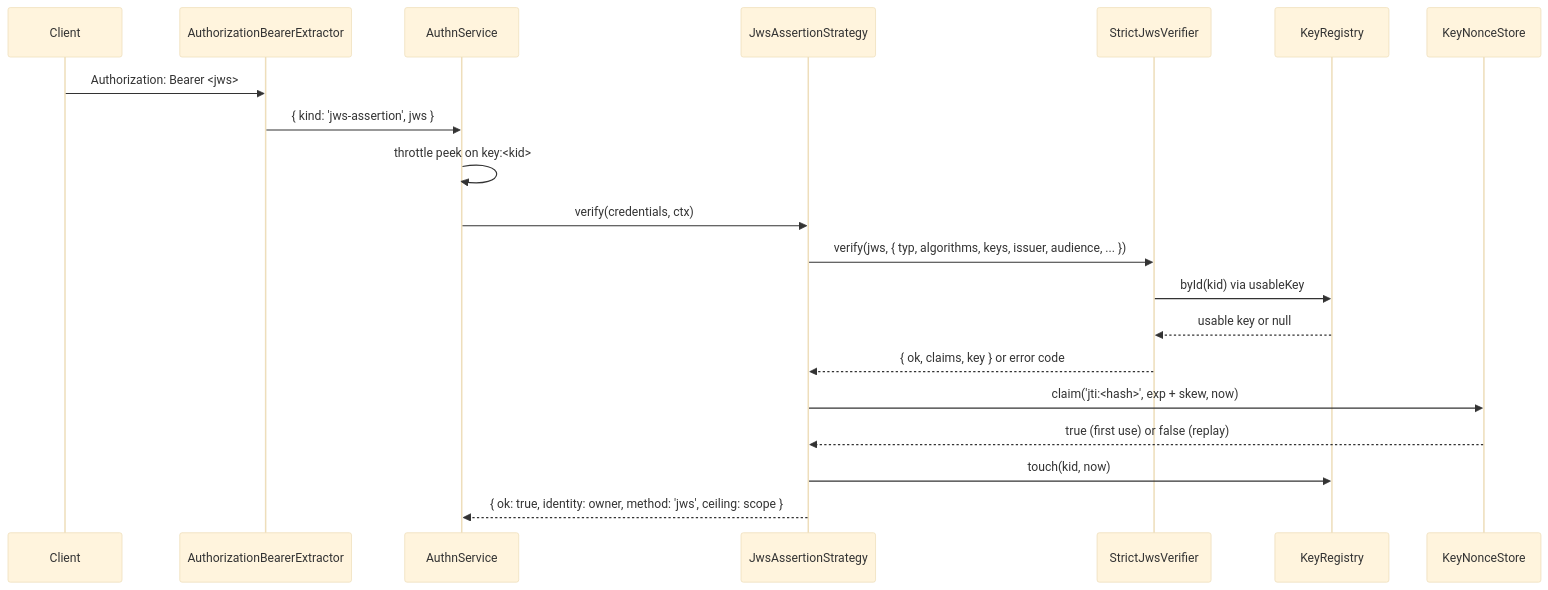
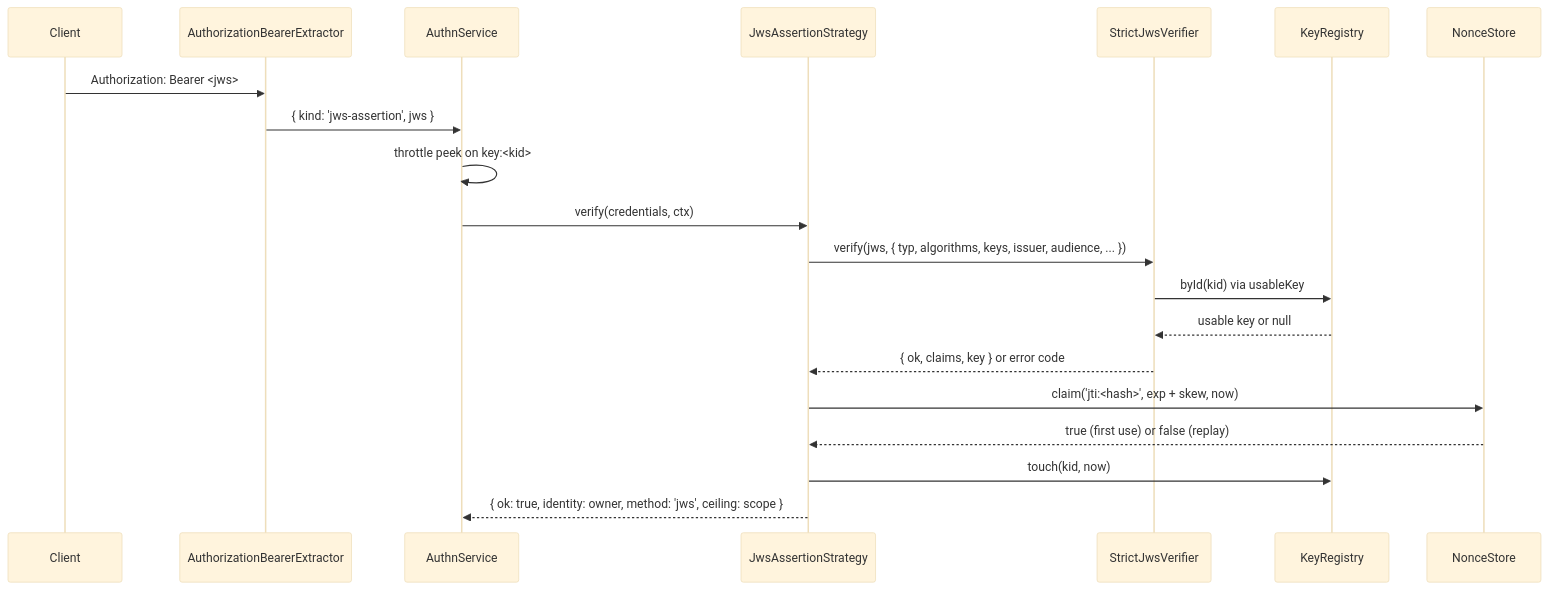
Before and after one commit to spinajs/main: the diagram in docs/authn-keys/05-jws-assertions.md, drawn with Mermaid (base theme). The commit also changed other lines of this file and 11 other files, not shown here.

First line of the commit message:
docs(authn-keys): nonce store requirement

````diff
--- a/docs/authn-keys/05-jws-assertions.md
+++ b/docs/authn-keys/05-jws-assertions.md
@@ -33,22 +33,22 @@
 ```mermaid
 sequenceDiagram
   participant C as Client
   participant X as AuthorizationBearerExtractor
   participant A as AuthnService
   participant J as JwsAssertionStrategy
   participant V as StrictJwsVerifier
   participant R as KeyRegistry
-  participant N as KeyNonceStore
+  participant N as NonceStore
   C->>X: Authorization: Bearer <jws>
   X->>A: { kind: 'jws-assertion', jws }
   A->>A: throttle peek on key:<kid>
   A->>J: verify(credentials, ctx)
   J->>V: verify(jws, { typ, algorithms, keys, issuer, audience, ... })
   V->>R: byId(kid) via usableKey
   R-->>V: usable key or null
   V-->>J: { ok, claims, key } or error code
   J->>N: claim('jti:<hash>', exp + skew, now)
   N-->>J: true (first use) or false (replay)
   J->>R: touch(kid, now)
   J-->>A: { ok: true, identity: owner, method: 'jws', ceiling: scope }
 ```
````
